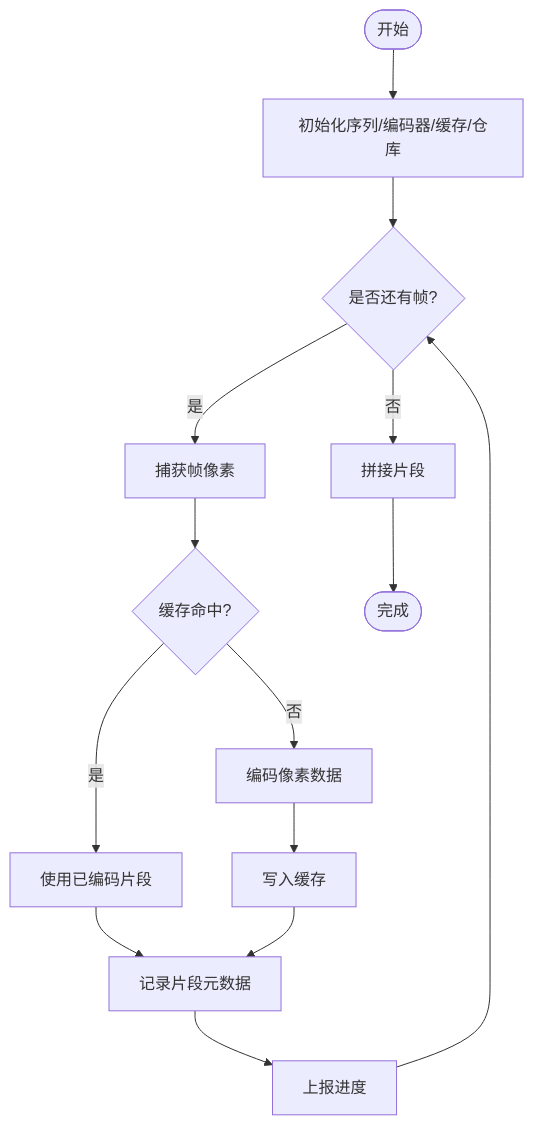
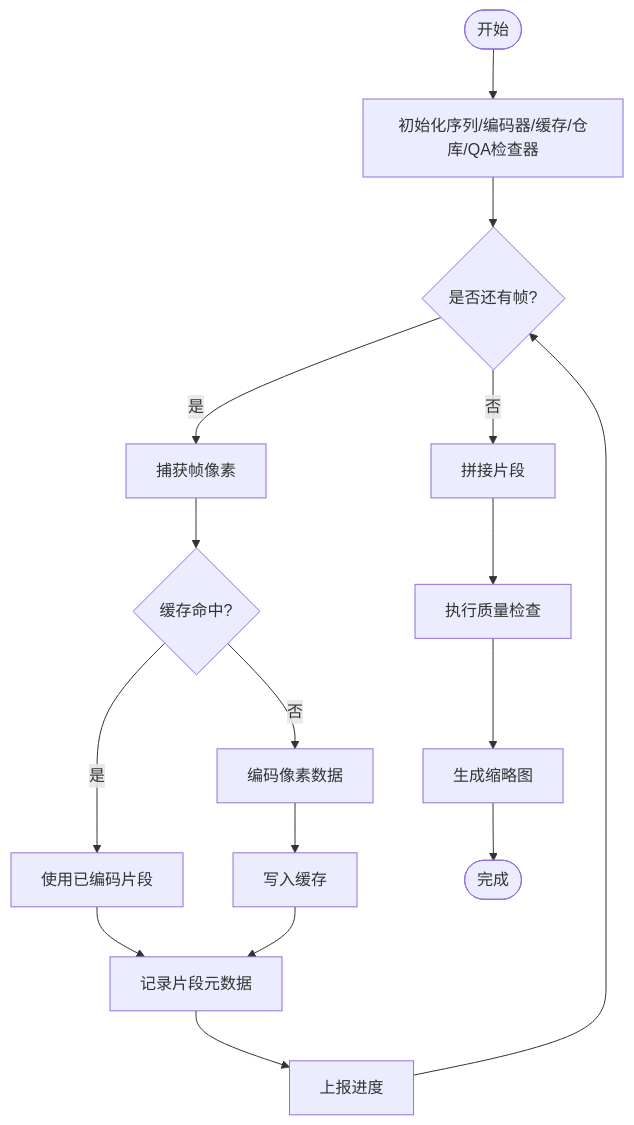
Before and after one commit to AIMFllyYS/code-video-canvas: the third of 18 diagrams in .qoder/repowiki/zh/content/架构设计/核心模块设计/渲染引擎设计/渲染引擎设计.md, drawn with Mermaid. The commit also changed other lines of this file and 7 other files, not shown here.

````diff
--- a/.qoder/repowiki/zh/content/架构设计/核心模块设计/渲染引擎设计/渲染引擎设计.md
+++ b/.qoder/repowiki/zh/content/架构设计/核心模块设计/渲染引擎设计/渲染引擎设计.md
@@ -273,16 +292,18 @@
 ```mermaid
 flowchart TD
-Start(["开始"]) --> Init["初始化序列/编码器/缓存/仓库"]
+Start(["开始"]) --> Init["初始化序列/编码器/缓存/仓库/QA检查器"]
 Init --> Loop{"是否还有帧?"}
 Loop --> |是| Capture["捕获帧像素"]
 Capture --> CacheHit{"缓存命中?"}
 CacheHit --> |是| UseCached["使用已编码片段"]
 CacheHit --> |否| Encode["编码像素数据"]
 Encode --> WriteCache["写入缓存"]
 UseCached --> Persist["记录片段元数据"]
 WriteCache --> Persist
 Persist --> Progress["上报进度"]
 Progress --> Loop
 Loop --> |否| Concat["拼接片段"]
-Concat --> Done(["完成"])
+Concat --> QA["执行质量检查"]
+QA --> Thumb["生成缩略图"]
+Thumb --> Done(["完成"])
 ```
````
